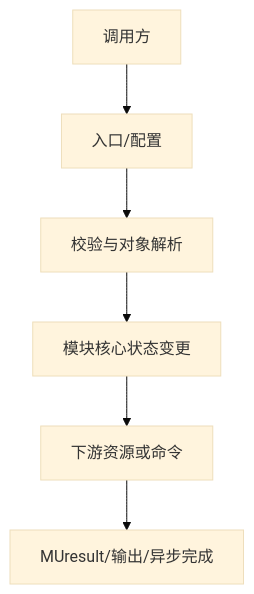
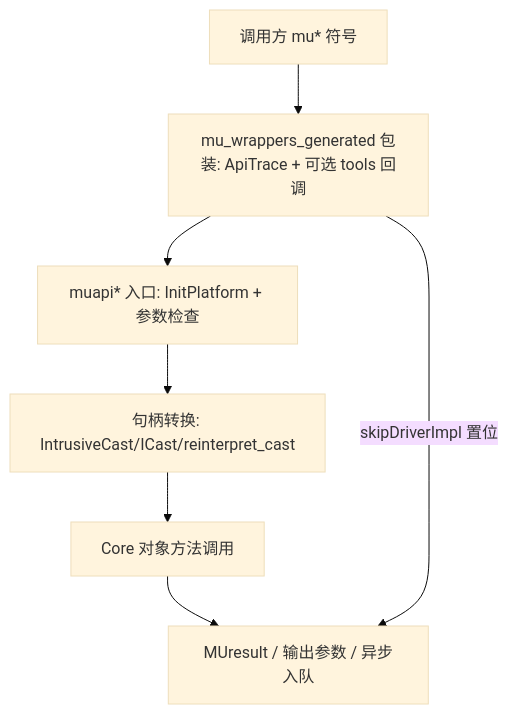
One commit to visionarywind/Projects changed the diagram in musa/01-modules/M02-driver-api/execution-flows.md. Above: the diagram before and after it, drawn with Mermaid (base theme). The commit also changed other lines of this file and 388 other files, not shown here.

````diff
--- a/musa/01-modules/M02-driver-api/execution-flows.md
+++ b/musa/01-modules/M02-driver-api/execution-flows.md
@@ -5,8 +14,9 @@
 ```mermaid
 flowchart TD
- A[调用方] --> B[入口/配置]
- B --> C[校验与对象解析]
- C --> D[模块核心状态变更]
- D --> E[下游资源或命令]
- E --> F[MUresult/输出/异步完成]
+ A[调用方 mu* 符号] --> B[mu_wrappers_generated 包装: ApiTrace + 可选 tools 回调]
+ B --> C[muapi* 入口: InitPlatform + 参数检查]
+ C --> D[句柄转换: IntrusiveCast/ICast/reinterpret_cast]
+ D --> E[Core 对象方法调用]
+ E --> F[MUresult / 输出参数 / 异步入队]
+ B -- skipDriverImpl 置位 --> F
 ```
````
